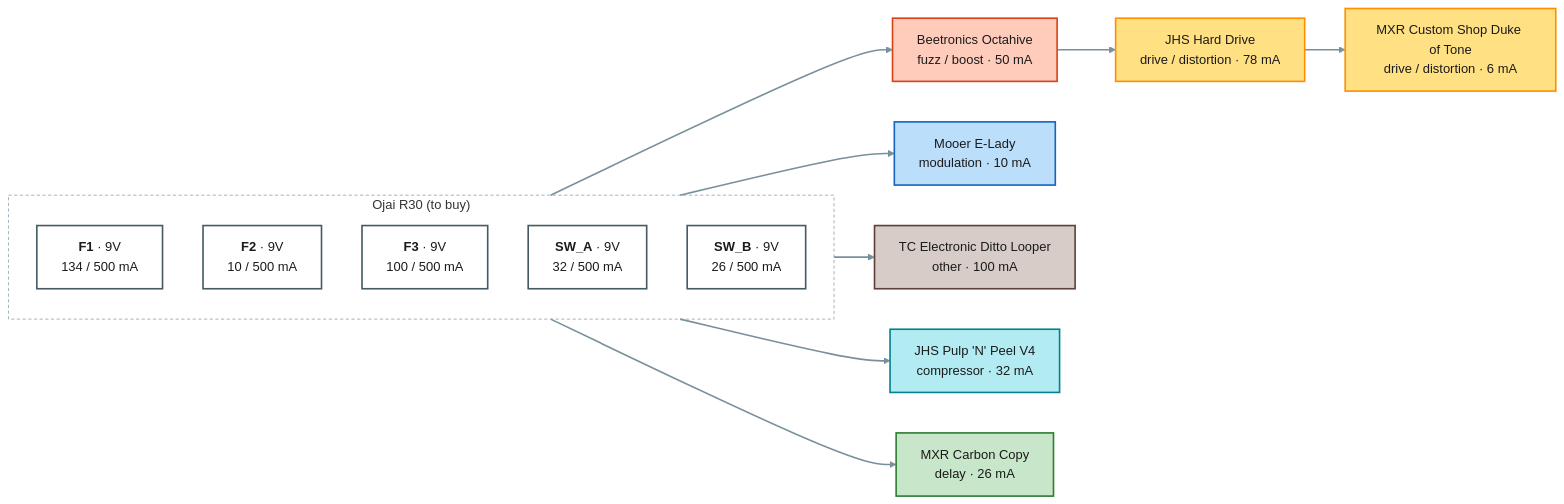
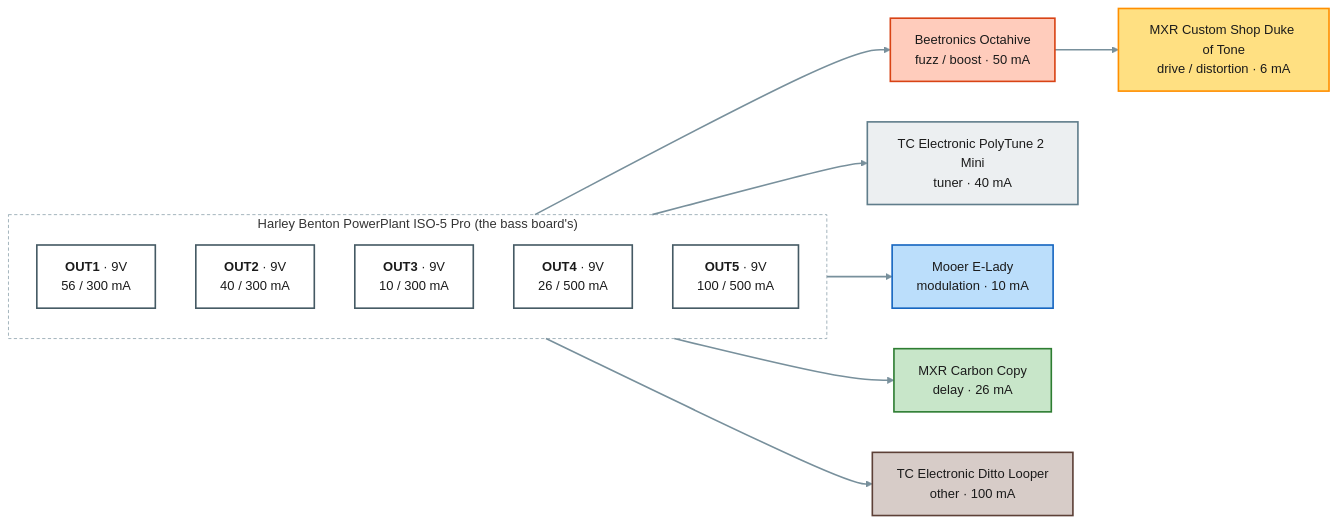
Before and after one commit to pedroacvieira/pedalboard: the diagram in projects/guitar-practice/power.mmd, drawn with Mermaid. The commit also changed 12 other files, not shown here.

First line of the commit message:
guitar-practice: owned gear only, first Pedal Playground layout; bass rig's ISO-5 Pro and Duo 2.1

```diff
--- a/projects/guitar-practice/power.mmd
+++ b/projects/guitar-practice/power.mmd
@@ -1,34 +1,32 @@
 flowchart LR
-    subgraph psu1["Ojai R30 (to buy)"]
+    subgraph psu1["Harley Benton PowerPlant ISO-5 Pro (the bass board's)"]
         direction TB
-        psu1_F1["<b>F1</b> · 9V<br/>134 / 500 mA"]:::out9
-        psu1_F2["<b>F2</b> · 9V<br/>10 / 500 mA"]:::out9
-        psu1_F3["<b>F3</b> · 9V<br/>100 / 500 mA"]:::out9
-        psu1_SW_A["<b>SW_A</b> · 9V<br/>32 / 500 mA"]:::out9
-        psu1_SW_B["<b>SW_B</b> · 9V<br/>26 / 500 mA"]:::out9
+        psu1_OUT1["<b>OUT1</b> · 9V<br/>56 / 300 mA"]:::out9
+        psu1_OUT2["<b>OUT2</b> · 9V<br/>40 / 300 mA"]:::out9
+        psu1_OUT3["<b>OUT3</b> · 9V<br/>10 / 300 mA"]:::out9
+        psu1_OUT4["<b>OUT4</b> · 9V<br/>26 / 500 mA"]:::out9
+        psu1_OUT5["<b>OUT5</b> · 9V<br/>100 / 500 mA"]:::out9
     end
     octahive["Beetronics Octahive<br/>fuzz / boost · 50 mA"]:::c_fuzz___boost
-    jhs_hard_drive["JHS Hard Drive<br/>drive / distortion · 78 mA"]:::c_drive___distortion
     duke_of_tone["MXR Custom Shop Duke of Tone<br/>drive / distortion · 6 mA"]:::c_drive___distortion
+    polytune_2_mini["TC Electronic PolyTune 2 Mini<br/>tuner · 40 mA"]:::c_tuner
     e_lady["Mooer E-Lady<br/>modulation · 10 mA"]:::c_modulation
+    carbon_copy["MXR Carbon Copy<br/>delay · 26 mA"]:::c_delay
     ditto_looper["TC Electronic Ditto Looper<br/>other · 100 mA"]:::c_other
-    jhs_pulp_n_peel_v4["JHS Pulp 'N' Peel V4<br/>compressor · 32 mA"]:::c_compressor
-    carbon_copy["MXR Carbon Copy<br/>delay · 26 mA"]:::c_delay
-    psu1_F1 --> octahive
-    octahive --> jhs_hard_drive
-    jhs_hard_drive --> duke_of_tone
-    psu1_F2 --> e_lady
-    psu1_F3 --> ditto_looper
-    psu1_SW_A --> jhs_pulp_n_peel_v4
-    psu1_SW_B --> carbon_copy
+    psu1_OUT1 --> octahive
+    octahive --> duke_of_tone
+    psu1_OUT2 --> polytune_2_mini
+    psu1_OUT3 --> e_lady
+    psu1_OUT4 --> carbon_copy
+    psu1_OUT5 --> ditto_looper
     classDef out9 fill:#ffffff,stroke:#455a64,stroke-width:2px,color:#1b1b1b
     classDef out18 fill:#ffffff,stroke:#d84315,stroke-width:3px,color:#1b1b1b
     classDef spare fill:#fafafa,stroke:#9e9e9e,stroke-dasharray:4 3,color:#757575
-    classDef c_compressor fill:#b2ebf2,stroke:#00838f,stroke-width:2px,color:#1b1b1b
+    classDef c_tuner fill:#eceff1,stroke:#607d8b,stroke-width:2px,color:#1b1b1b
     classDef c_fuzz___boost fill:#ffccbc,stroke:#d84315,stroke-width:2px,color:#1b1b1b
     classDef c_drive___distortion fill:#ffe082,stroke:#ff8f00,stroke-width:2px,color:#1b1b1b
     classDef c_modulation fill:#bbdefb,stroke:#1565c0,stroke-width:2px,color:#1b1b1b
     classDef c_delay fill:#c8e6c9,stroke:#2e7d32,stroke-width:2px,color:#1b1b1b
     classDef c_other fill:#d7ccc8,stroke:#5d4037,stroke-width:2px,color:#1b1b1b
     style psu1 fill:none,stroke:#90a4ae,stroke-dasharray:4 3
     linkStyle default stroke:#78909c,stroke-width:2px
```
